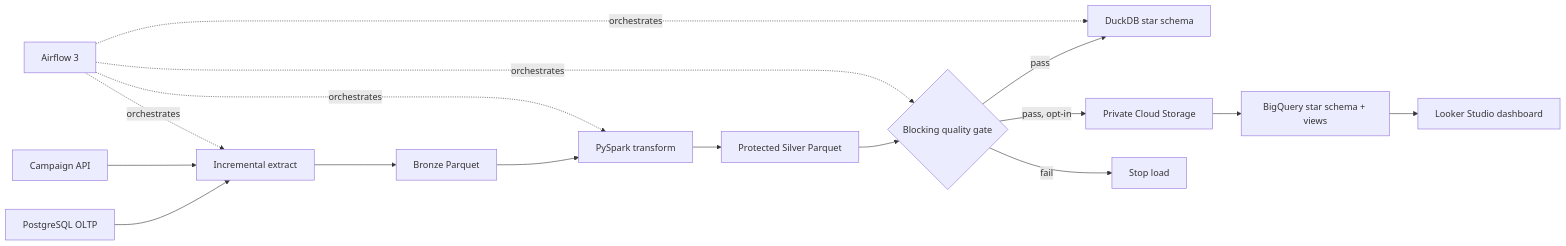
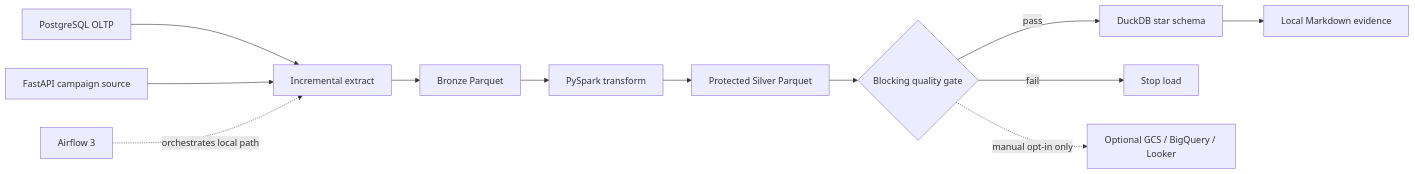
The diagram in README.md (Praciller/retailguard-data-platform), drawn with Mermaid before and after one commit. The commit also changed other lines of this file and 16 other files, not shown here.

Commit message:
feat: add zero-cost local RetailGuard evidence path

````diff
--- a/README.md
+++ b/README.md
@@ -32,18 +25,14 @@
 ```mermaid
 flowchart LR
     PG["PostgreSQL OLTP"] --> EX["Incremental extract"]
-    API["Campaign API"] --> EX
+    API["FastAPI campaign source"] --> EX
     EX --> BR["Bronze Parquet"]
     BR --> SP["PySpark transform"]
     SP --> SI["Protected Silver Parquet"]
     SI --> Q{"Blocking quality gate"}
     Q -->|pass| DU["DuckDB star schema"]
-    Q -->|pass, opt-in| GCS["Private Cloud Storage"]
-    GCS --> BQ["BigQuery star schema + views"]
-    BQ --> LS["Looker Studio dashboard"]
+    DU --> EV["Local Markdown evidence"]
     Q -->|fail| STOP["Stop load"]
-    AF["Airflow 3"] -. orchestrates .-> EX
-    AF -. orchestrates .-> SP
-    AF -. orchestrates .-> Q
-    AF -. orchestrates .-> DU
+    Q -.->|manual opt-in only| CL["Optional GCS / BigQuery / Looker"]
+    AF["Airflow 3"] -. orchestrates local path .-> EX
 ```
````
